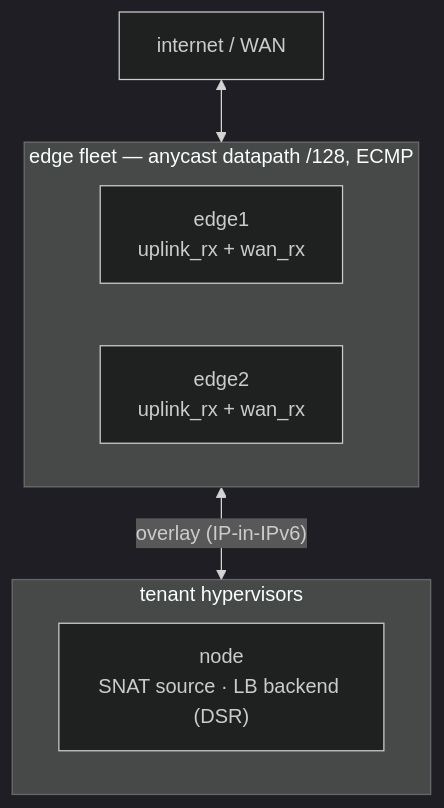
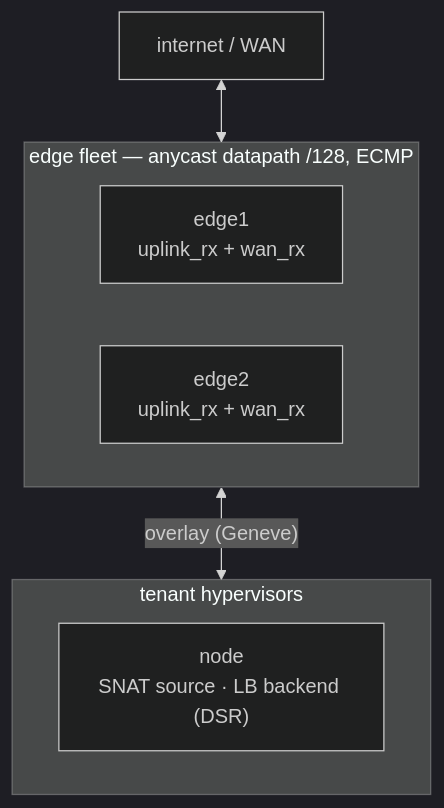
One commit to trevex/ectobase changed the first of 2 diagrams in docs/features/ns-edge.md. Above: the diagram before and after it, drawn with Mermaid (dark theme). The commit also changed other lines of this file and 29 other files, not shown here.

````diff
--- a/docs/features/ns-edge.md
+++ b/docs/features/ns-edge.md
@@ -32,13 +32,13 @@
 ```mermaid
 flowchart TB
     net[internet / WAN]
     subgraph edges[edge fleet — anycast datapath /128, ECMP]
       e1["edge1<br/>uplink_rx + wan_rx"]
       e2["edge2<br/>uplink_rx + wan_rx"]
     end
     net <--> edges
-    edges <-->|"overlay (IP-in-IPv6)"| hv
+    edges <-->|"overlay (Geneve)"| hv
     subgraph hv[tenant hypervisors]
       h1["node<br/>SNAT source · LB backend (DSR)"]
     end
 ```
````
